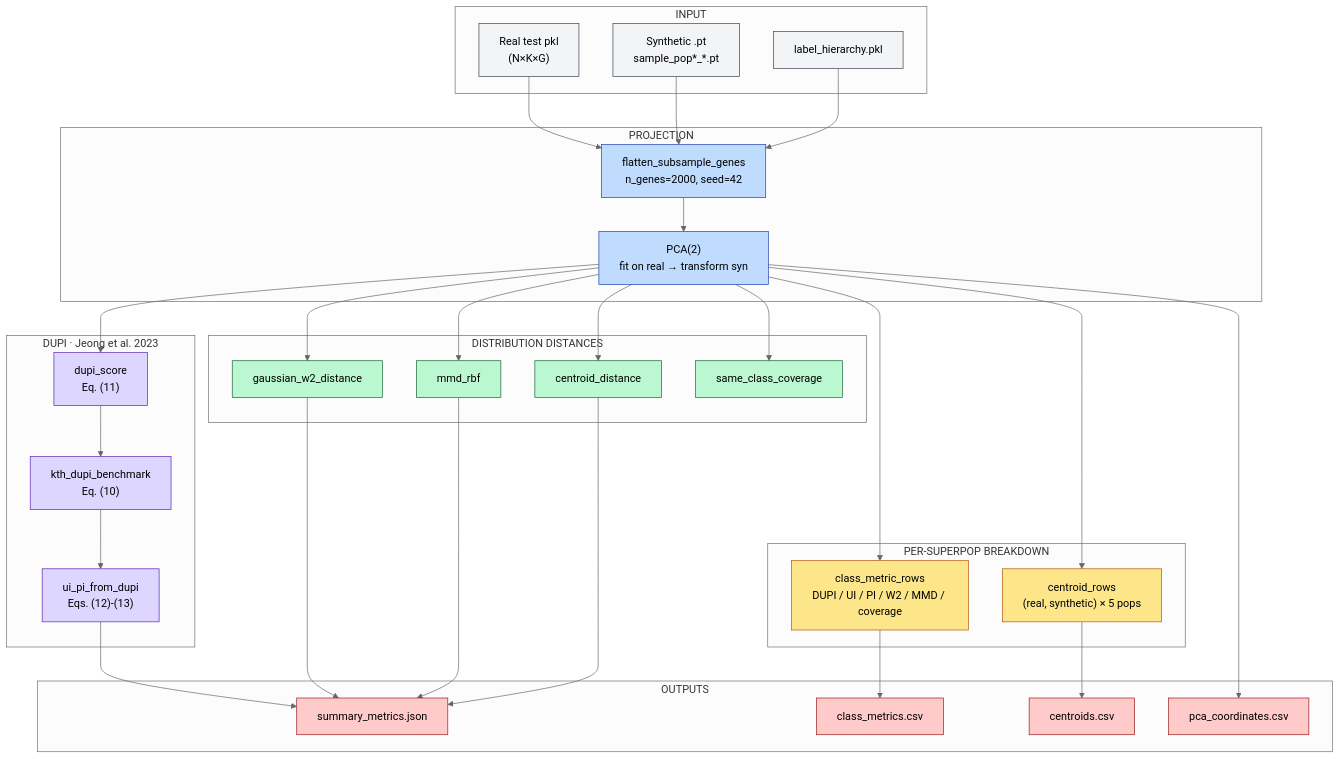
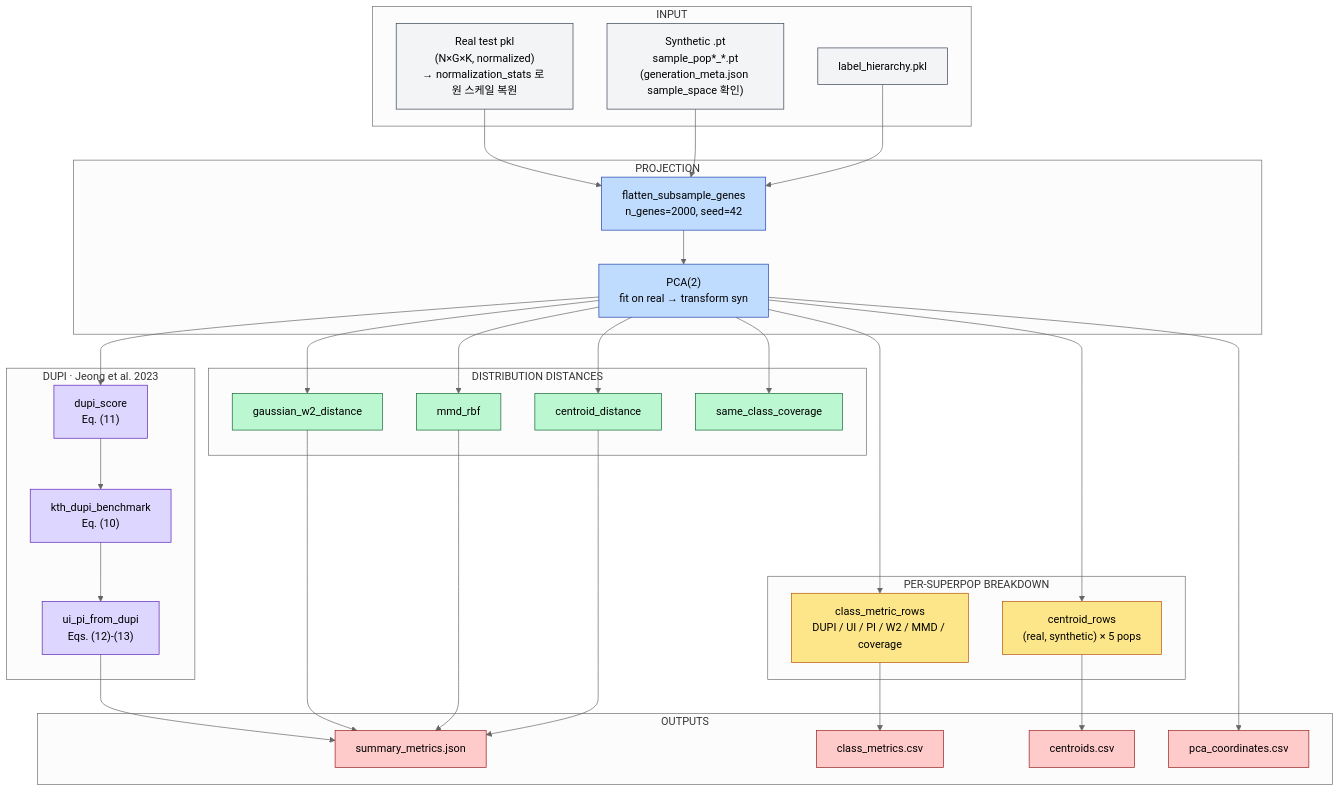
Before and after one commit to zongseung/gene-synthesis-project: the seventh of 8 diagrams in README.md, drawn with Mermaid (neutral theme). The commit also changed other lines of this file, not shown here.

````diff
--- a/README.md
+++ b/README.md
@@ -484,65 +484,65 @@
 ```mermaid
 flowchart TD
     subgraph IN["INPUT"]
-        R["Real test pkl<br/>(N×K×G)"]
-        S["Synthetic .pt<br/>sample_pop*_*.pt"]
+        R["Real test pkl<br/>(N×G×K, normalized)<br/>→ normalization_stats 로 원 스케일 복원"]
+        S["Synthetic .pt<br/>sample_pop*_*.pt<br/>(generation_meta.json sample_space 확인)"]
         H["label_hierarchy.pkl"]
     end
 
     subgraph PRE["PROJECTION"]
         SUB["flatten_subsample_genes<br/>n_genes=2000, seed=42"]
         PCA["PCA(2)<br/>fit on real → transform syn"]
     end
 
     subgraph DUPI["DUPI · Jeong et al. 2023"]
         DS["dupi_score<br/>Eq. (11)"]
         BM["kth_dupi_benchmark<br/>Eq. (10)"]
         UI["ui_pi_from_dupi<br/>Eqs. (12)-(13)"]
     end
 
     subgraph DIST["DISTRIBUTION DISTANCES"]
         W2["gaussian_w2_distance"]
         MMD["mmd_rbf"]
         CD["centroid_distance"]
         COV["same_class_coverage"]
     end
 
     subgraph CLS["PER-SUPERPOP BREAKDOWN"]
         CR["centroid_rows<br/>(real, synthetic) × 5 pops"]
         CM["class_metric_rows<br/>DUPI / UI / PI / W2 / MMD / coverage"]
     end
 
     subgraph OUT["OUTPUTS"]
         SUM["summary_metrics.json"]
         CMC["class_metrics.csv"]
         CC["centroids.csv"]
         PCC["pca_coordinates.csv"]
     end
 
     R --> SUB
     S --> SUB
     H --> SUB
     SUB --> PCA --> DS --> BM --> UI
     PCA --> W2 & MMD & CD & COV
     PCA --> CR & CM
     UI --> SUM
     W2 --> SUM
     MMD --> SUM
     CD --> SUM
     CR --> CC
     CM --> CMC
     PCA --> PCC
 
     classDef in fill:#f3f4f6,stroke:#374151,color:#000
     classDef proj fill:#bfdbfe,stroke:#1e40af,color:#000
     classDef dupi fill:#ddd6fe,stroke:#5b21b6,color:#000
     classDef dist fill:#bbf7d0,stroke:#166534,color:#000
     classDef cls fill:#fde68a,stroke:#b45309,color:#000
     classDef out fill:#fecaca,stroke:#991b1b,color:#000
     class R,S,H in
     class SUB,PCA proj
     class DS,BM,UI dupi
     class W2,MMD,CD,COV dist
     class CR,CM cls
     class SUM,CMC,CC,PCC out
 ```
````
